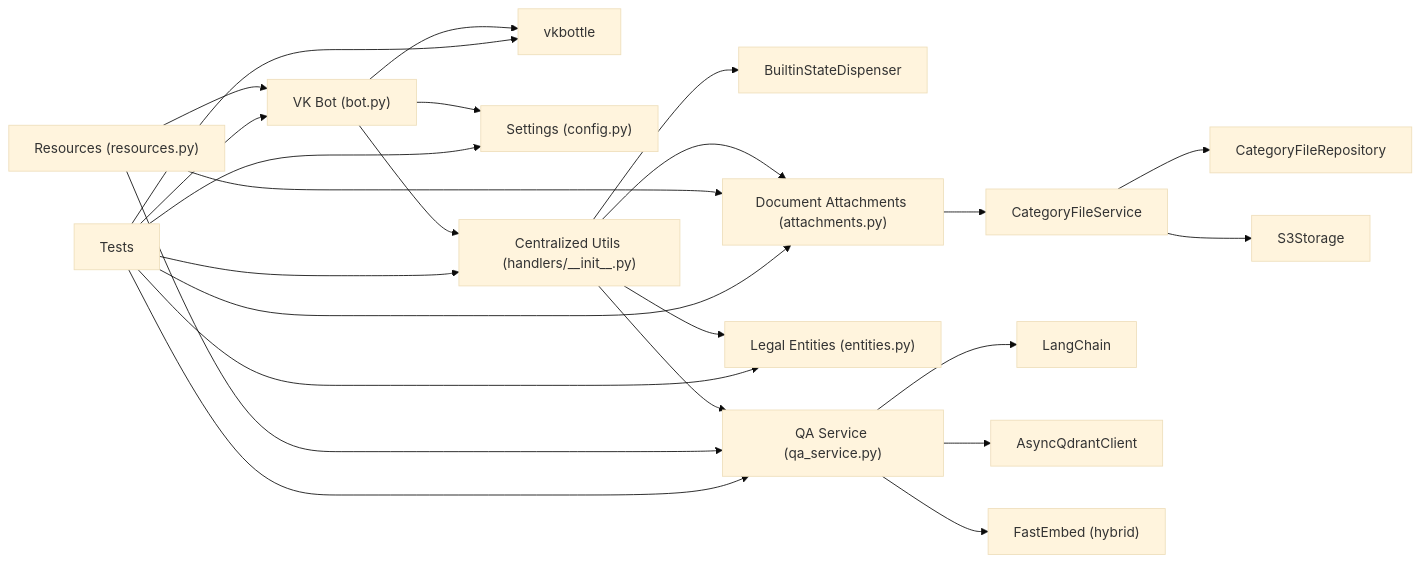
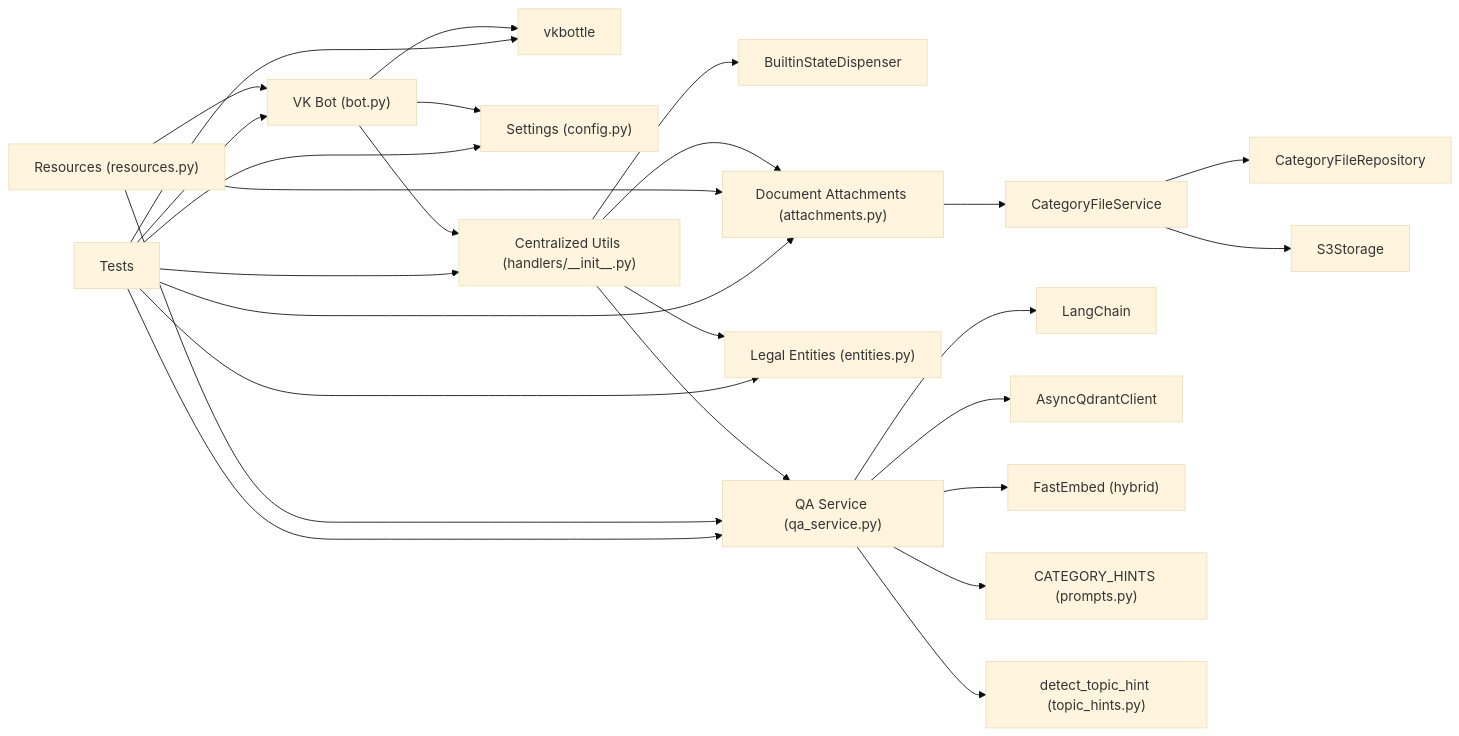
Before and after one commit to ognelis/cafetera_hr_bot: diagram 29 of 29 in .qoder/repowiki/en/content/VK Integration/VK Integration.md, drawn with Mermaid (base theme). The commit also changed other lines of this file and 27 other files, not shown here.

````diff
--- a/.qoder/repowiki/en/content/VK Integration/VK Integration.md
+++ b/.qoder/repowiki/en/content/VK Integration/VK Integration.md
@@ -1312,26 +1516,28 @@
 ```mermaid
 graph LR
 VKBot["VK Bot (bot.py)"] --> VKFw["vkbottle"]
 VKBot --> Cfg["Settings (config.py)"]
 VKBot --> Utils["Centralized Utils (handlers/__init__.py)"]
 Utils --> SD["BuiltinStateDispenser"]
 Utils --> QA["QA Service (qa_service.py)"]
 Utils --> Entities["Legal Entities (entities.py)"]
 Utils --> Attachments["Document Attachments (attachments.py)"]
 Attachments --> CFService["CategoryFileService"]
 CFService --> CFRepo["CategoryFileRepository"]
 CFService --> S3["S3Storage"]
 QA --> LangChain["LangChain"]
 QA --> AsyncQdrant["AsyncQdrantClient"]
 QA --> FastEmbed["FastEmbed (hybrid)"]
+QA --> Prompts["CATEGORY_HINTS (prompts.py)"]
+QA --> TopicHints["detect_topic_hint (topic_hints.py)"]
 Resources["Resources (resources.py)"] --> VKBot
 Resources --> QA
 Resources --> Attachments
 Tests["Tests"] --> VKBot
 Tests --> Utils
 Tests --> QA
 Tests --> Entities
 Tests --> Attachments
 Tests --> VKFw
 Tests --> Cfg
 ```
````
